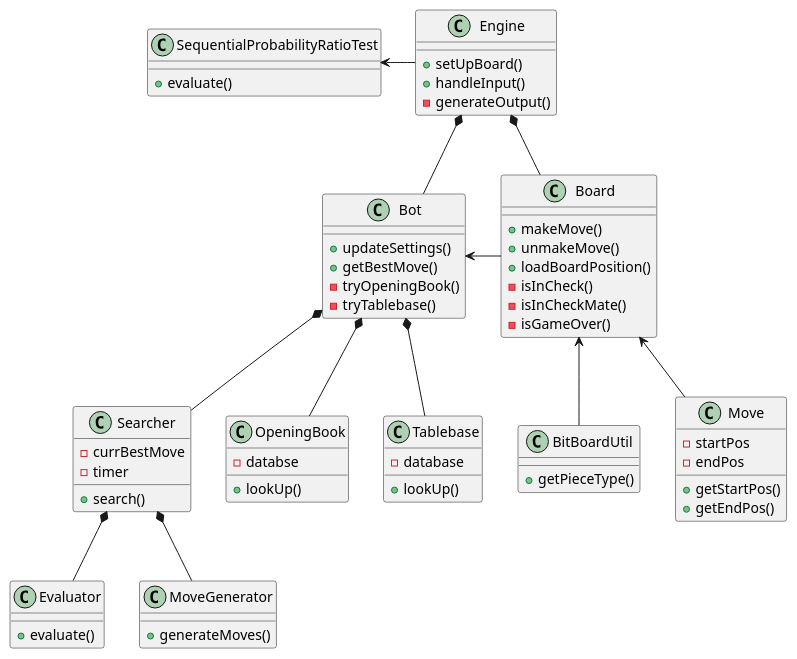
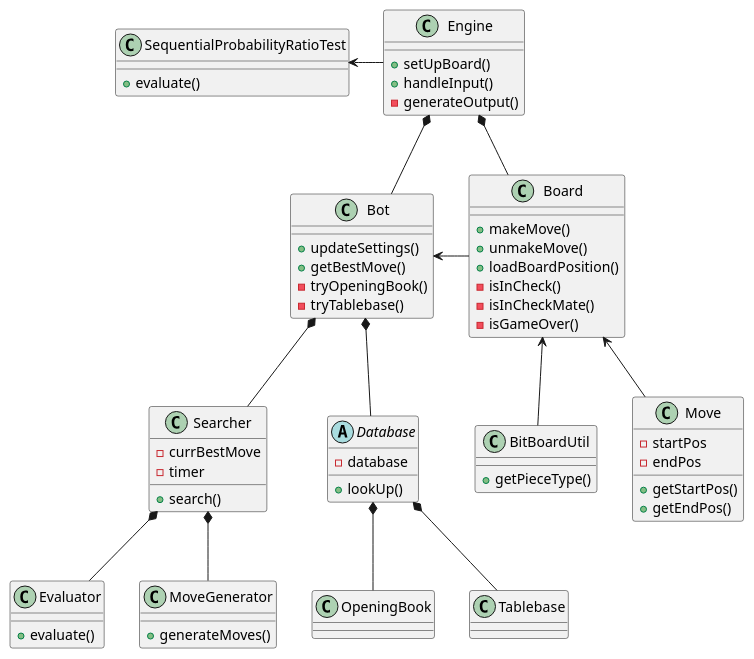
One commit to Toby267/ChessEngine changed the diagram in docs/diagrams/overview.puml. Above: the diagram before and after it, drawn with PlantUML.

Commit message:
Added the abstract class Database to the class diagram

```diff
--- a/docs/diagrams/overview.puml
+++ b/docs/diagrams/overview.puml
@@ -1,73 +1,73 @@
 @startuml overview
 
 class Engine {
     +setUpBoard()
     +handleInput()
     -generateOutput()
 }
 
 class SequentialProbabilityRatioTest {
     +evaluate()
 }
 class Bot {
     +updateSettings()
     +getBestMove()
     -tryOpeningBook()
     -tryTablebase()
 }
 class Board {
     +makeMove()
     +unmakeMove()
     +loadBoardPosition()
     -isInCheck()
     -isInCheckMate()
     -isGameOver()
 }
 
 class BitBoardUtil {
     +getPieceType()
 }
 class Move {
     -startPos
     -endPos
     +getStartPos()
     +getEndPos()
 }
 
 class Searcher {
     -currBestMove
     -timer
     +search()
 }
 Class Evaluator {
     +evaluate()
 }
 class MoveGenerator {
     +generateMoves()
 }
 
-class OpeningBook {
-    -databse
-    +lookUp()
-}
-class Tablebase {
+abstract class Database {
     -database
     +lookUp()
 }
+class OpeningBook
+class Tablebase
 
 SequentialProbabilityRatioTest <-right- Engine
 Engine *-- Board
 Engine *-- Bot
 
 Board <-- BitBoardUtil
 Board <-- Move
 
-Bot *-- OpeningBook
-Bot *-- Tablebase
+Bot *-- Database
 Bot *-- Searcher
 Bot <-right- Board
+
+Database *-- OpeningBook
+Database *-- Tablebase
 
 Searcher *-- Evaluator
 Searcher *-- MoveGenerator
 
 @enduml
```
